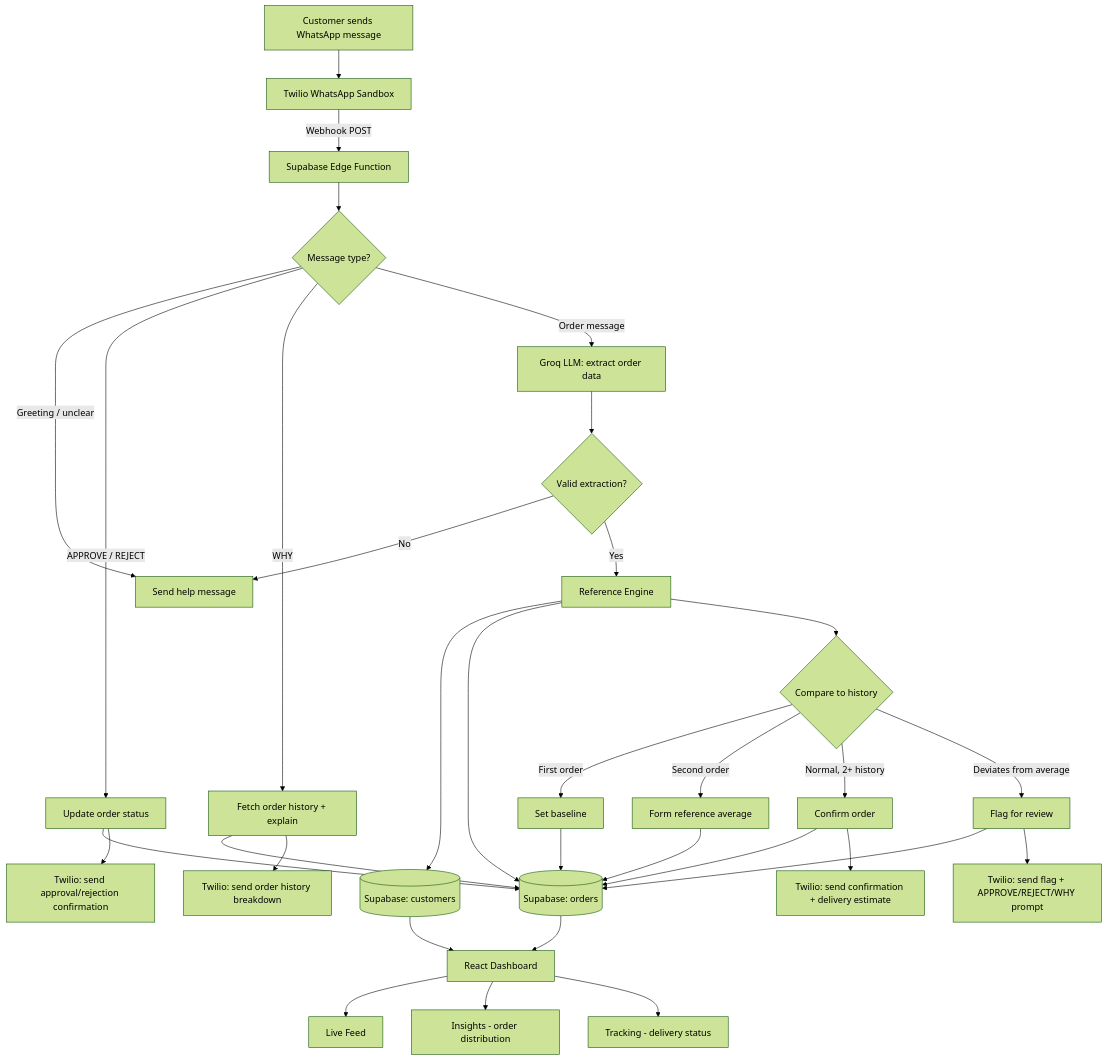
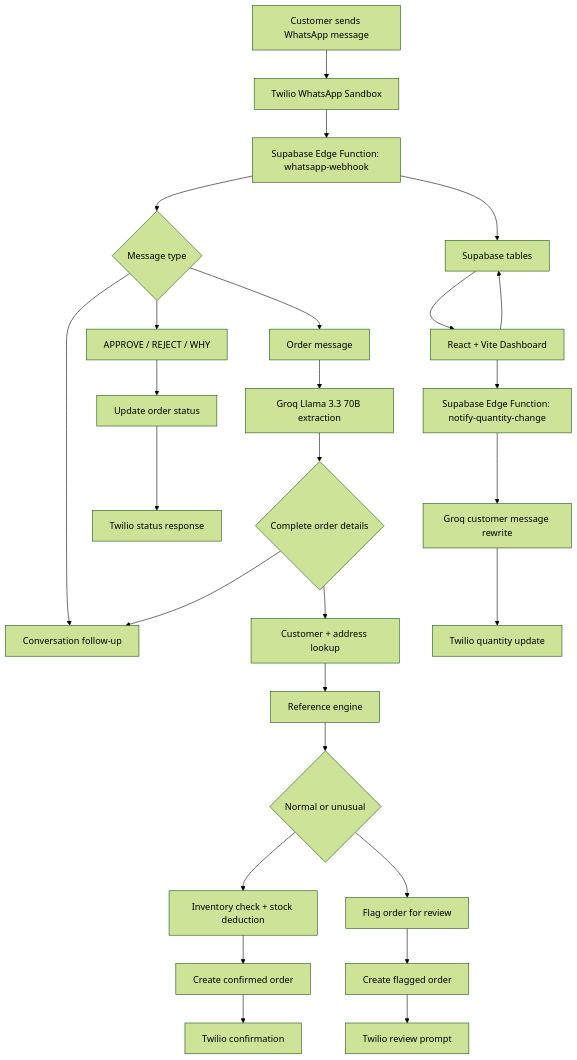
Before and after one commit to gowthamsrinivas2311-boop/nudge-dashboard: the diagram in README.md, drawn with Mermaid (forest theme). The commit also changed other lines of this file, not shown here.

````diff
--- a/README.md
+++ b/README.md
@@ -43,43 +114,37 @@
 ```mermaid
 flowchart TD
-    A[Customer sends WhatsApp message] --> B[Twilio WhatsApp Sandbox]
-    B -->|Webhook POST| C[Supabase Edge Function]
+    A["Customer sends WhatsApp message"] --> B["Twilio WhatsApp Sandbox"]
+    B --> C["Supabase Edge Function: whatsapp-webhook"]
 
-    C --> D{Message type?}
-    D -->|Greeting / unclear| E[Send help message]
-    D -->|APPROVE / REJECT| F[Update order status]
-    D -->|WHY| G[Fetch order history + explain]
-    D -->|Order message| H[Groq LLM: extract order data]
+    C --> D{"Message type"}
+    D --> E["Conversation follow-up"]
+    D --> F["APPROVE / REJECT / WHY"]
+    D --> G["Order message"]
 
-    H --> I{Valid extraction?}
-    I -->|No| E
-    I -->|Yes| J[Reference Engine]
+    G --> H["Groq Llama 3.3 70B extraction"]
+    H --> I{"Complete order details"}
+    I --> E
+    I --> J["Customer + address lookup"]
 
-    J --> K[(Supabase: customers)]
-    J --> L[(Supabase: orders)]
+    J --> K["Reference engine"]
+    K --> L{"Normal or unusual"}
 
-    J --> M{Compare to history}
-    M -->|First order| N[Set baseline]
-    M -->|Second order| O[Form reference average]
-    M -->|Normal, 2+ history| P[Confirm order]
-    M -->|Deviates from average| Q[Flag for review]
+    L --> M["Inventory check + stock deduction"]
+    L --> N["Flag order for review"]
 
-    N --> L
-    O --> L
-    P --> L
-    Q --> L
+    M --> O["Create confirmed order"]
+    N --> P["Create flagged order"]
+    F --> Q["Update order status"]
 
-    F --> L
-    G --> L
+    O --> R["Twilio confirmation"]
+    P --> S["Twilio review prompt"]
+    Q --> T["Twilio status response"]
 
-    P --> R[Twilio: send confirmation + delivery estimate]
-    Q --> S[Twilio: send flag + APPROVE/REJECT/WHY prompt]
-    F --> T[Twilio: send approval/rejection confirmation]
-    G --> U[Twilio: send order history breakdown]
+    U["React + Vite Dashboard"] --> V["Supabase tables"]
+    C --> V
+    V --> U
 
-    L --> V[React Dashboard]
-    K --> V
-    V --> W[Live Feed]
-    V --> X[Insights - order distribution]
-    V --> Y[Tracking - delivery status]
+    U --> W["Supabase Edge Function: notify-quantity-change"]
+    W --> X["Groq customer message rewrite"]
+    X --> Y["Twilio quantity update"]
 ```
````
